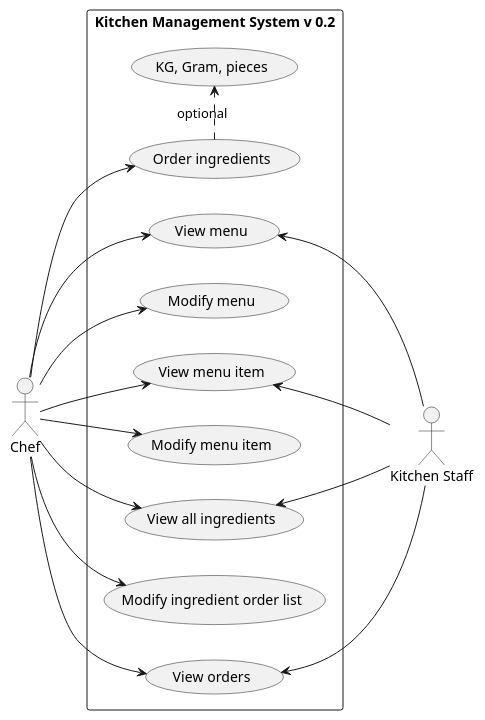
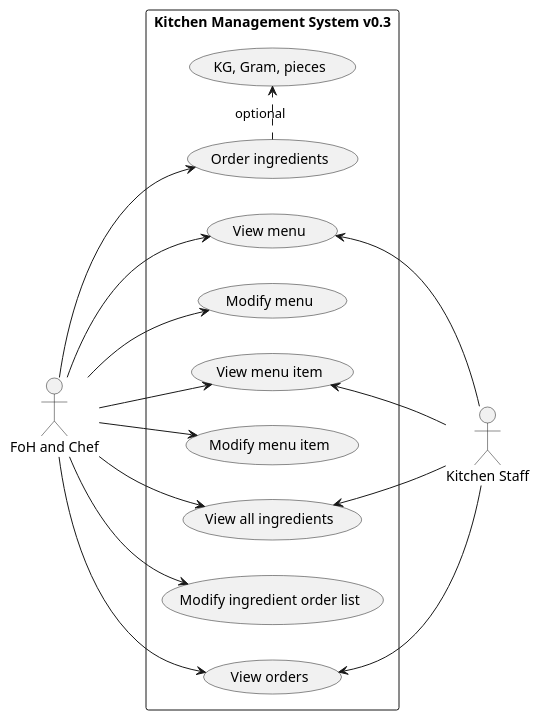
Before and after one commit to mrjink/molveno: the diagram in src/main/docs/uml/use-case/restaurant/kitchen.puml, drawn with PlantUML. The commit also changed 7 other files, not shown here.

```diff
--- a/src/main/docs/uml/use-case/restaurant/kitchen.puml
+++ b/src/main/docs/uml/use-case/restaurant/kitchen.puml
@@ -1,39 +1,39 @@
 @startuml
 
 left to right direction
 
-actor Chef
+actor "FoH and Chef" as FC
 actor "Kitchen Staff" as KS
 
-rectangle "Kitchen Management System v 0.2" {
+rectangle "Kitchen Management System v0.3" {
     (View menu) as (MenuView)
     (Modify menu) as (MenuUpdate)
+    
 
     (View menu item) as (MenuItemView)
     (Modify menu item) as (MenuItemUpdate)
 
     (View all ingredients) as (IngredientAll)
     (Modify ingredient order list) as (IngredientUpdate)
     (Order ingredients) as (IngredientOrder)
     (View orders) as (KitchenOrderView)
     (KG, Gram, pieces) as (IngredientQuantity)
 
     (IngredientOrder) .> (IngredientQuantity) : optional
 
-    Chef --> (MenuView)
-    Chef --> (MenuUpdate)
-    Chef --> (MenuItemView)
-    Chef --> (MenuItemUpdate)
-
-    Chef --> (IngredientAll)
-    Chef --> (IngredientUpdate)
-    Chef --> (IngredientOrder)
-    Chef --> (KitchenOrderView)
+    FC --> (MenuView)
+    FC --> (MenuUpdate)
+    FC --> (MenuItemView)
+    FC --> (MenuItemUpdate)
+    FC --> (IngredientAll)
+    FC --> (IngredientUpdate)
+    FC --> (IngredientOrder)
+    FC --> (KitchenOrderView)
 
     (MenuView) <-- KS
     (MenuItemView) <-- KS
     (IngredientAll) <-- KS
     (KitchenOrderView) <-- KS
 }
 
 @enduml
```
